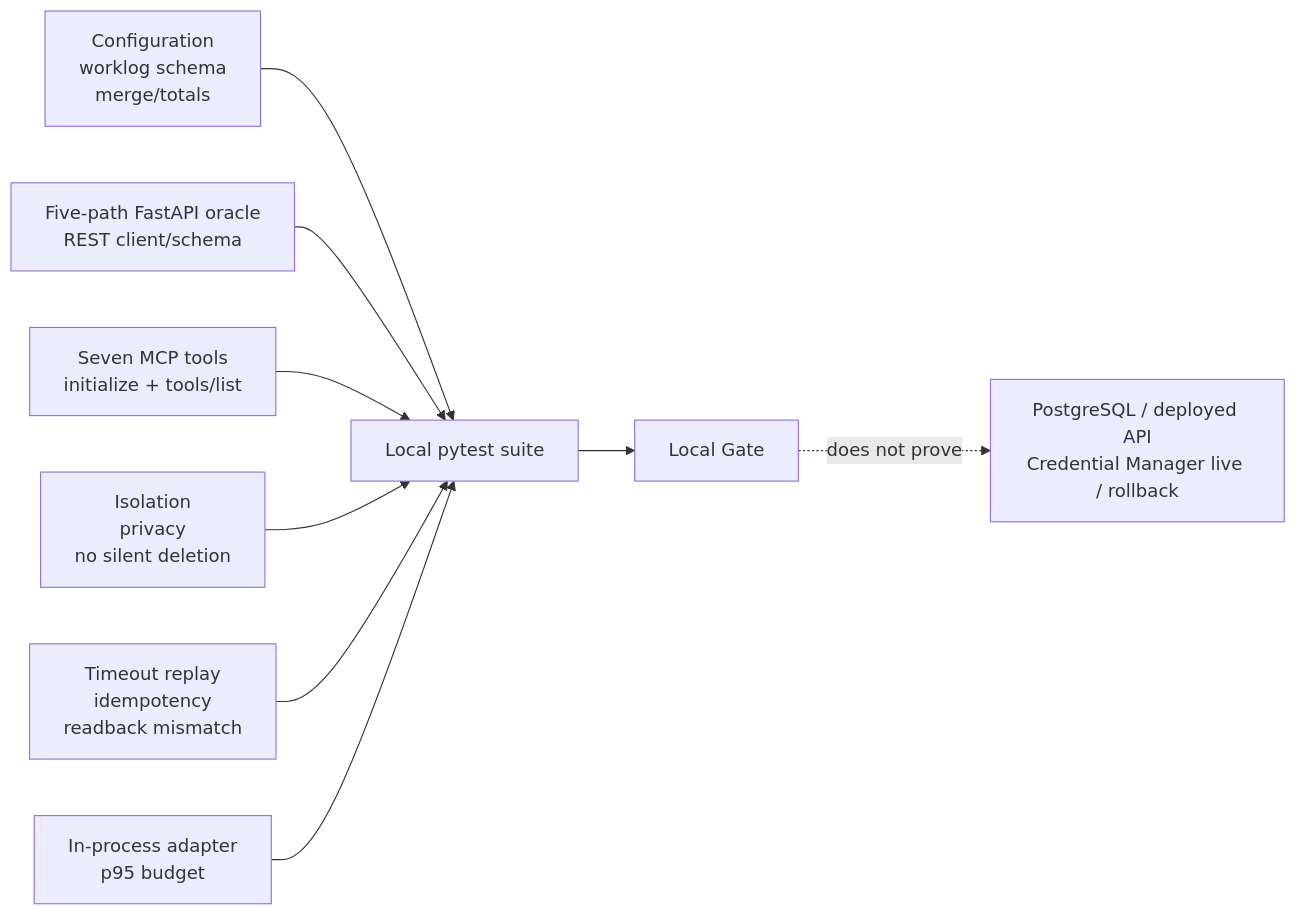
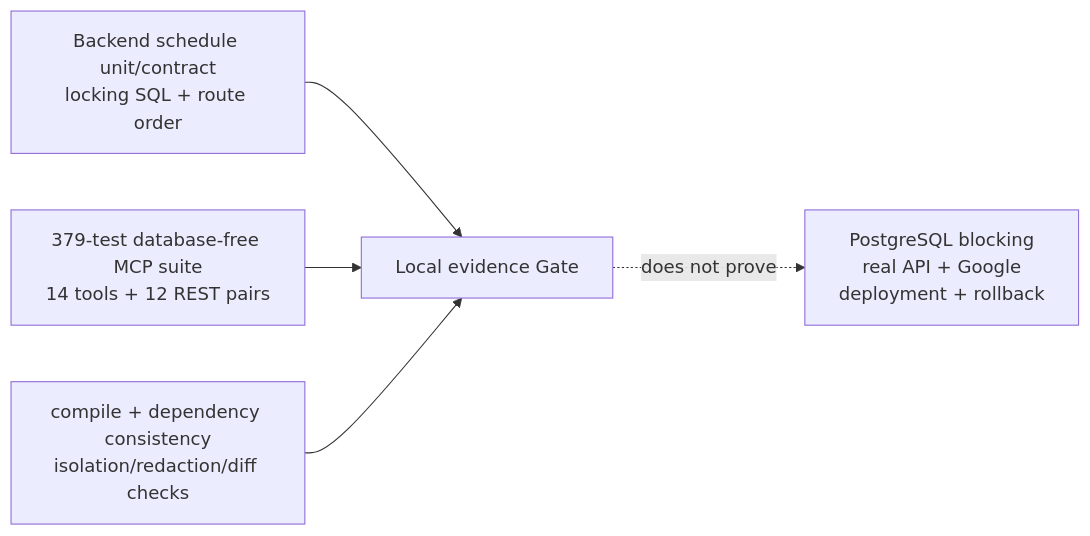
The diagram in docs/mcp/LOCAL-VERIFICATION.md (ElroyKwon/LSS_ERP), drawn with Mermaid before and after one commit. The commit also changed other lines of this file and 57 other files, not shown here.

Commit message:
feat(mcp): add enterprise schedule controls

````diff
--- a/docs/mcp/LOCAL-VERIFICATION.md
+++ b/docs/mcp/LOCAL-VERIFICATION.md
@@ -13,11 +24,7 @@
 ```mermaid
 flowchart LR
-    UNIT["Configuration<br/>worklog schema<br/>merge/totals"] --> SUITE["Local pytest suite"]
-    CONTRACT["Five-path FastAPI oracle<br/>REST client/schema"] --> SUITE
-    PROTOCOL["Seven MCP tools<br/>initialize + tools/list"] --> SUITE
-    SECURITY["Isolation<br/>privacy<br/>no silent deletion"] --> SUITE
-    FAULT["Timeout replay<br/>idempotency<br/>readback mismatch"] --> SUITE
-    PERF["In-process adapter<br/>p95 budget"] --> SUITE
-    SUITE --> LOCAL["Local Gate"]
-    LOCAL -. "does not prove" .-> REAL["PostgreSQL / deployed API<br/>Credential Manager live / rollback"]
+    BACKEND["Backend schedule unit/contract<br/>locking SQL + route order"] --> LOCAL["Local evidence Gate"]
+    MCP["379-test database-free MCP suite<br/>14 tools + 12 REST pairs"] --> LOCAL
+    STATIC["compile + dependency consistency<br/>isolation/redaction/diff checks"] --> LOCAL
+    LOCAL -. "does not prove" .-> RUNTIME["PostgreSQL blocking<br/>real API + Google<br/>deployment + rollback"]
 ```
````
